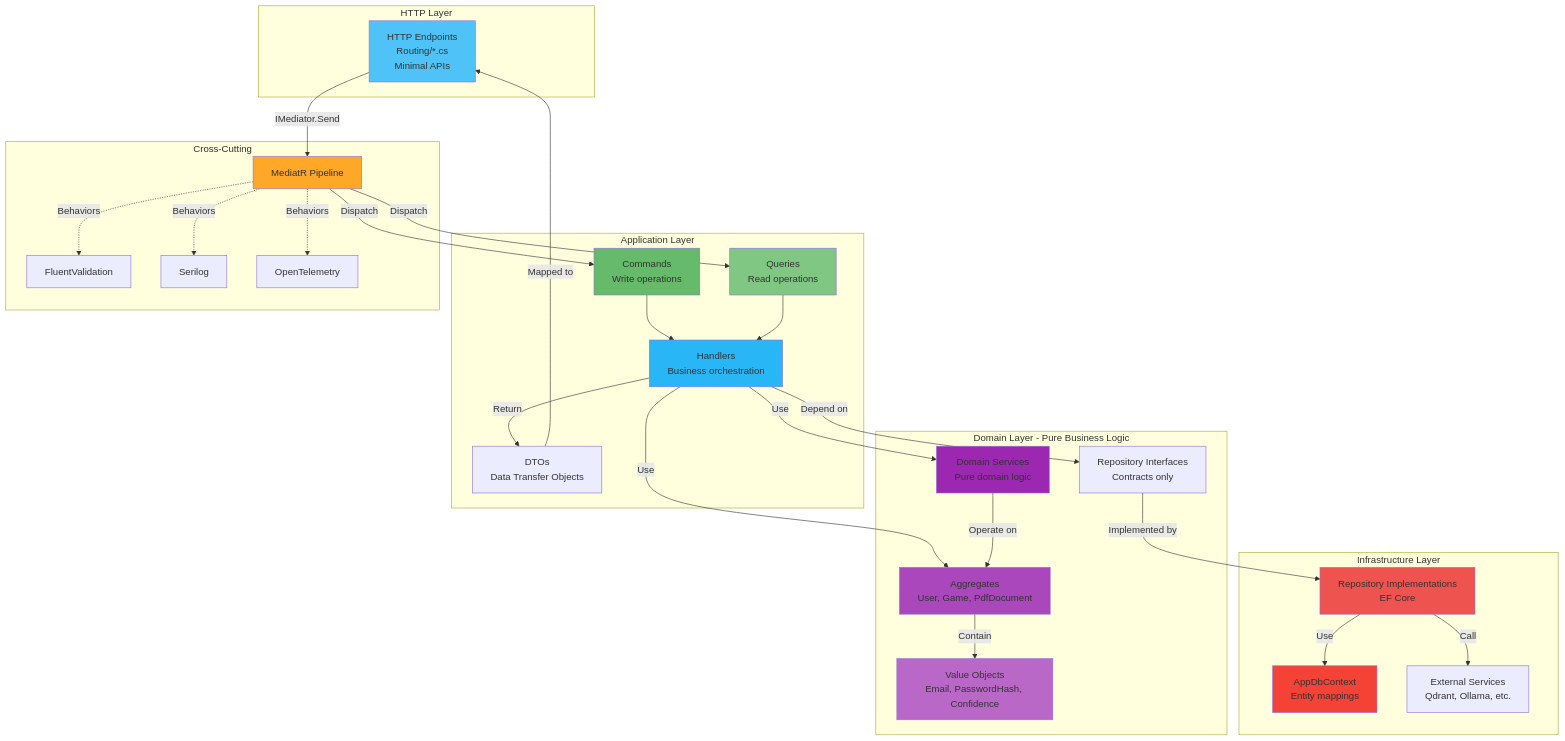
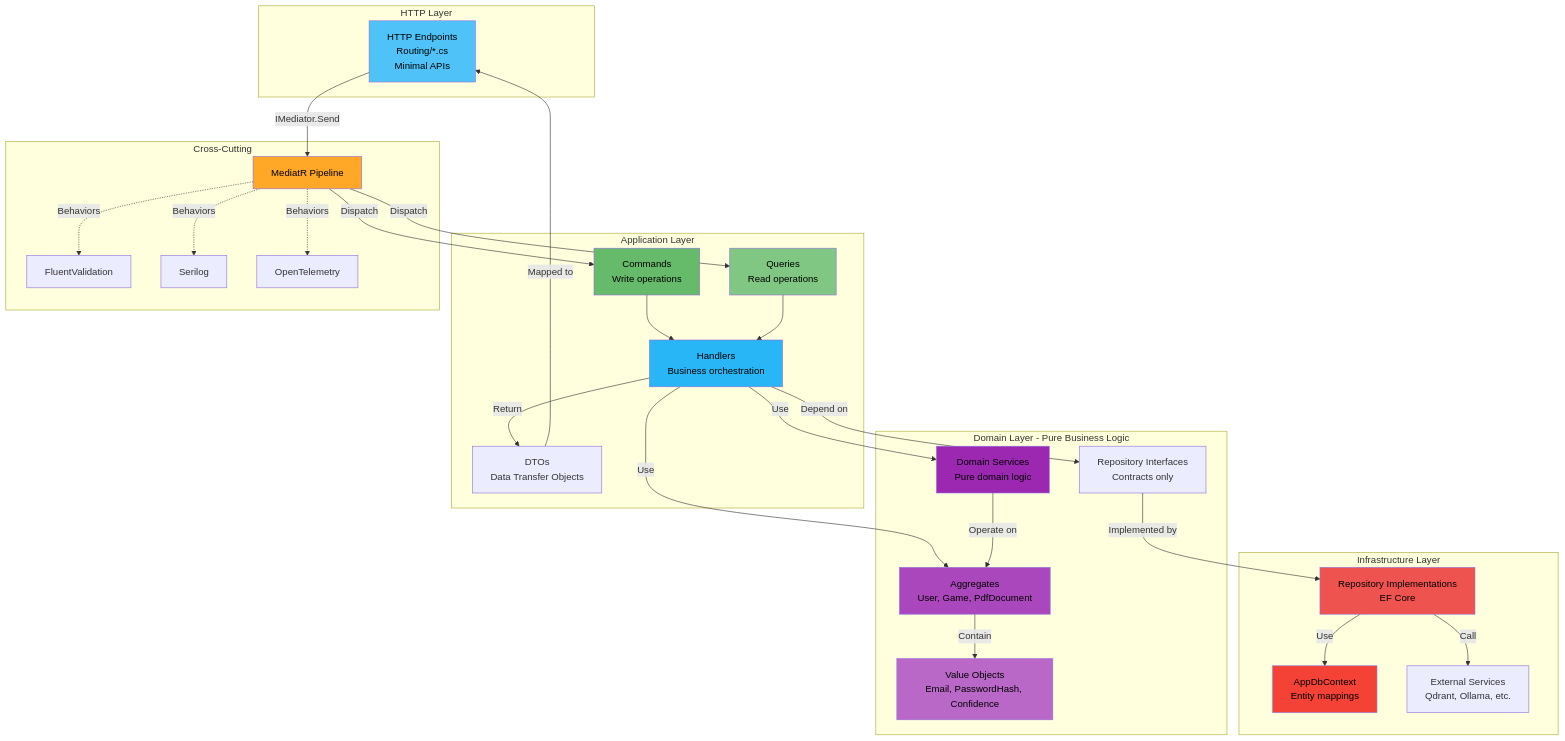
The third of 8 diagrams in docs/01-architecture/diagrams/cqrs-mediatr-flow.md (meepleAi-app/meepleai-monorepo), drawn with Mermaid before and after one commit. The commit also changed other lines of this file and 4 other files, not shown here.

First line of the commit message:
docs: Aggiunto testo nero a tutti i diagrammi Mermaid

````diff
--- a/docs/01-architecture/diagrams/cqrs-mediatr-flow.md
+++ b/docs/01-architecture/diagrams/cqrs-mediatr-flow.md
@@ -141,69 +141,69 @@
 ```mermaid
 graph TB
     subgraph "HTTP Layer"
         Endpoints[HTTP Endpoints<br/>Routing/*.cs<br/>Minimal APIs]
     end
 
     subgraph "Application Layer"
         Commands[Commands<br/>Write operations]
         Queries[Queries<br/>Read operations]
         Handlers[Handlers<br/>Business orchestration]
         DTOs[DTOs<br/>Data Transfer Objects]
     end
 
     subgraph "Domain Layer - Pure Business Logic"
         Aggregates[Aggregates<br/>User, Game, PdfDocument]
         ValueObjects[Value Objects<br/>Email, PasswordHash, Confidence]
         DomainServices[Domain Services<br/>Pure domain logic]
         Repositories[Repository Interfaces<br/>Contracts only]
     end
 
     subgraph "Infrastructure Layer"
         RepoImpl[Repository Implementations<br/>EF Core]
         DbContext[AppDbContext<br/>Entity mappings]
         ExternalServices[External Services<br/>Qdrant, Ollama, etc.]
     end
 
     subgraph "Cross-Cutting"
         Mediator[MediatR Pipeline]
         Validation[FluentValidation]
         Logging[Serilog]
         Telemetry[OpenTelemetry]
     end
 
     Endpoints -->|IMediator.Send| Mediator
     Mediator -->|Dispatch| Commands
     Mediator -->|Dispatch| Queries
 
     Commands --> Handlers
     Queries --> Handlers
 
     Handlers -->|Use| Aggregates
     Handlers -->|Use| DomainServices
     Handlers -->|Depend on| Repositories
 
     Aggregates -->|Contain| ValueObjects
     DomainServices -->|Operate on| Aggregates
 
     Repositories -->|Implemented by| RepoImpl
     RepoImpl -->|Use| DbContext
     RepoImpl -->|Call| ExternalServices
 
     Mediator -.->|Behaviors| Validation
     Mediator -.->|Behaviors| Logging
     Mediator -.->|Behaviors| Telemetry
 
     Handlers -->|Return| DTOs
     DTOs -->|Mapped to| Endpoints
 
-    style Endpoints fill:#4fc3f7
-    style Commands fill:#66bb6a
-    style Queries fill:#81c784
-    style Handlers fill:#29b6f6
-    style Aggregates fill:#ab47bc
-    style ValueObjects fill:#ba68c8
-    style DomainServices fill:#9c27b0
-    style RepoImpl fill:#ef5350
-    style DbContext fill:#f44336
-    style Mediator fill:#ffa726
+    style Endpoints fill:#4fc3f7,color:#000
+    style Commands fill:#66bb6a,color:#000
+    style Queries fill:#81c784,color:#000
+    style Handlers fill:#29b6f6,color:#000
+    style Aggregates fill:#ab47bc,color:#000
+    style ValueObjects fill:#ba68c8,color:#000
+    style DomainServices fill:#9c27b0,color:#000
+    style RepoImpl fill:#ef5350,color:#000
+    style DbContext fill:#f44336,color:#000
+    style Mediator fill:#ffa726,color:#000
 ```
````
